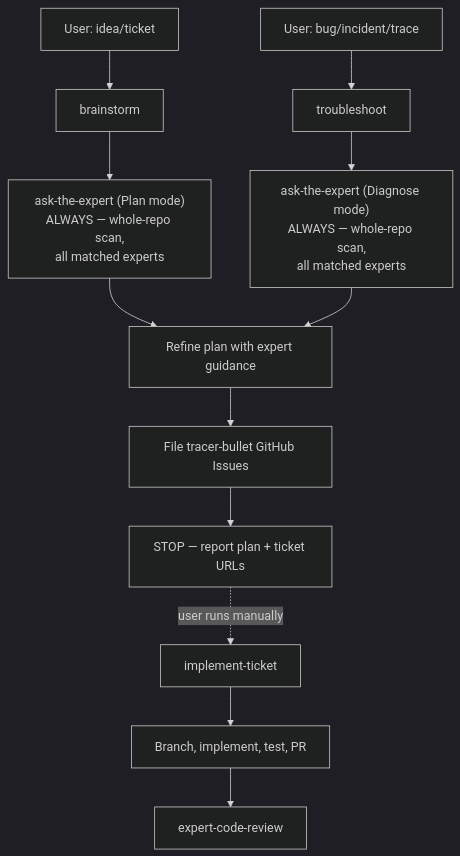
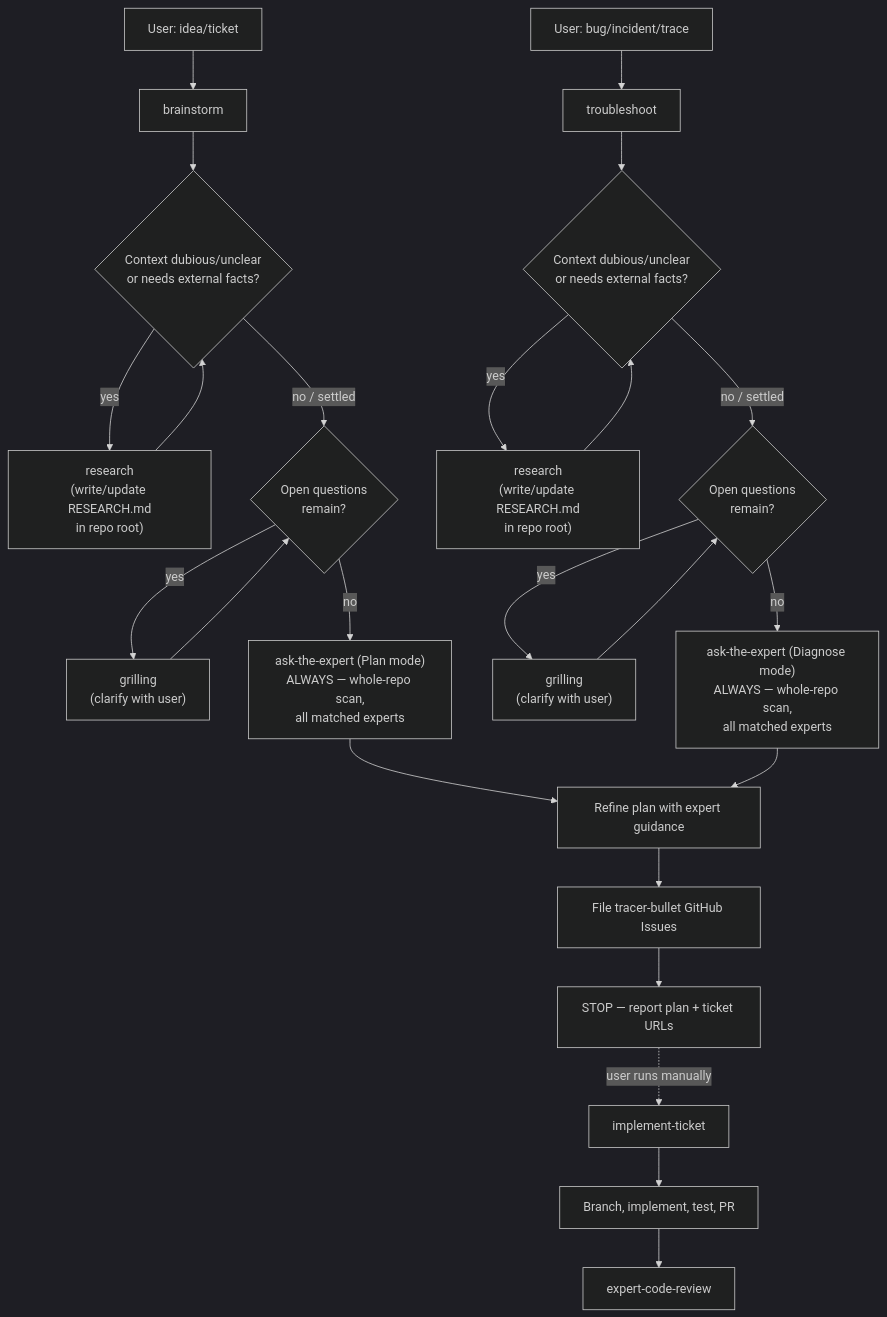
One commit to appelgriebsch/dotFiles changed the diagram in ai/README.md. Above: the diagram before and after it, drawn with Mermaid (dark theme). The commit also changed other lines of this file and 20 other files, not shown here.

Commit message:
update skills from mattpocock, own ask-the-expert, expert-code-review skill

````diff
--- a/ai/README.md
+++ b/ai/README.md
@@ -63,18 +64,31 @@
 ```mermaid
 flowchart TD
     A["User: idea/ticket"] --> B["brainstorm"]
     A2["User: bug/incident/trace"] --> C["troubleshoot"]
 
-    B --> D["ask-the-expert (Plan mode)\nALWAYS — whole-repo scan,\nall matched experts"]
-    C --> E["ask-the-expert (Diagnose mode)\nALWAYS — whole-repo scan,\nall matched experts"]
+    B --> R1{"Context dubious/unclear\nor needs external facts?"}
+    R1 -- "yes" --> S1["research\n(write/update RESEARCH.md\nin repo root)"]
+    S1 --> R1
+    R1 -- "no / settled" --> T1{"Open questions\nremain?"}
+    T1 -- "yes" --> U1["grilling\n(clarify with user)"]
+    U1 --> T1
+    T1 -- "no" --> D["ask-the-expert (Plan mode)\nALWAYS — whole-repo scan,\nall matched experts"]
+
+    C --> R2{"Context dubious/unclear\nor needs external facts?"}
+    R2 -- "yes" --> S2["research\n(write/update RESEARCH.md\nin repo root)"]
+    S2 --> R2
+    R2 -- "no / settled" --> T2{"Open questions\nremain?"}
+    T2 -- "yes" --> U2["grilling\n(clarify with user)"]
+    U2 --> T2
+    T2 -- "no" --> E["ask-the-expert (Diagnose mode)\nALWAYS — whole-repo scan,\nall matched experts"]
 
     D --> F["Refine plan with expert guidance"]
     E --> F
 
     F --> G["File tracer-bullet GitHub Issues"]
     G --> H["STOP — report plan + ticket URLs"]
 
     H -. "user runs manually" .-> I["implement-ticket"]
     I --> J["Branch, implement, test, PR"]
     J --> K["expert-code-review"]
 ```
````
